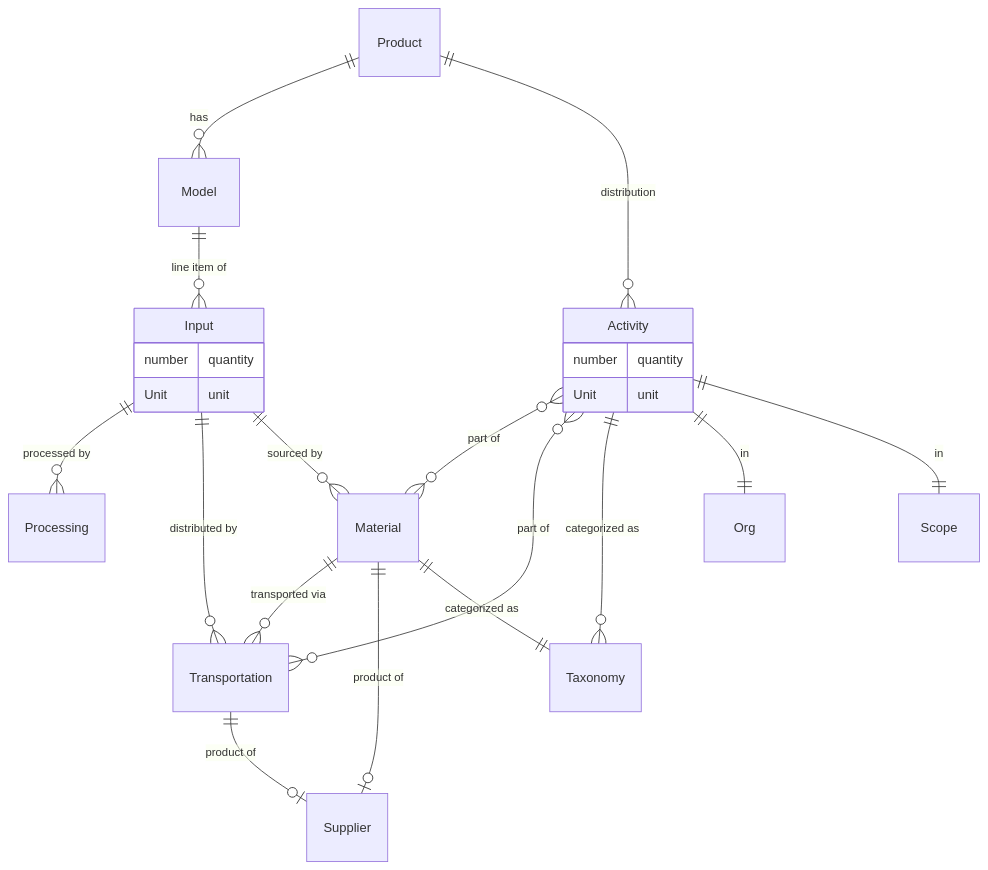
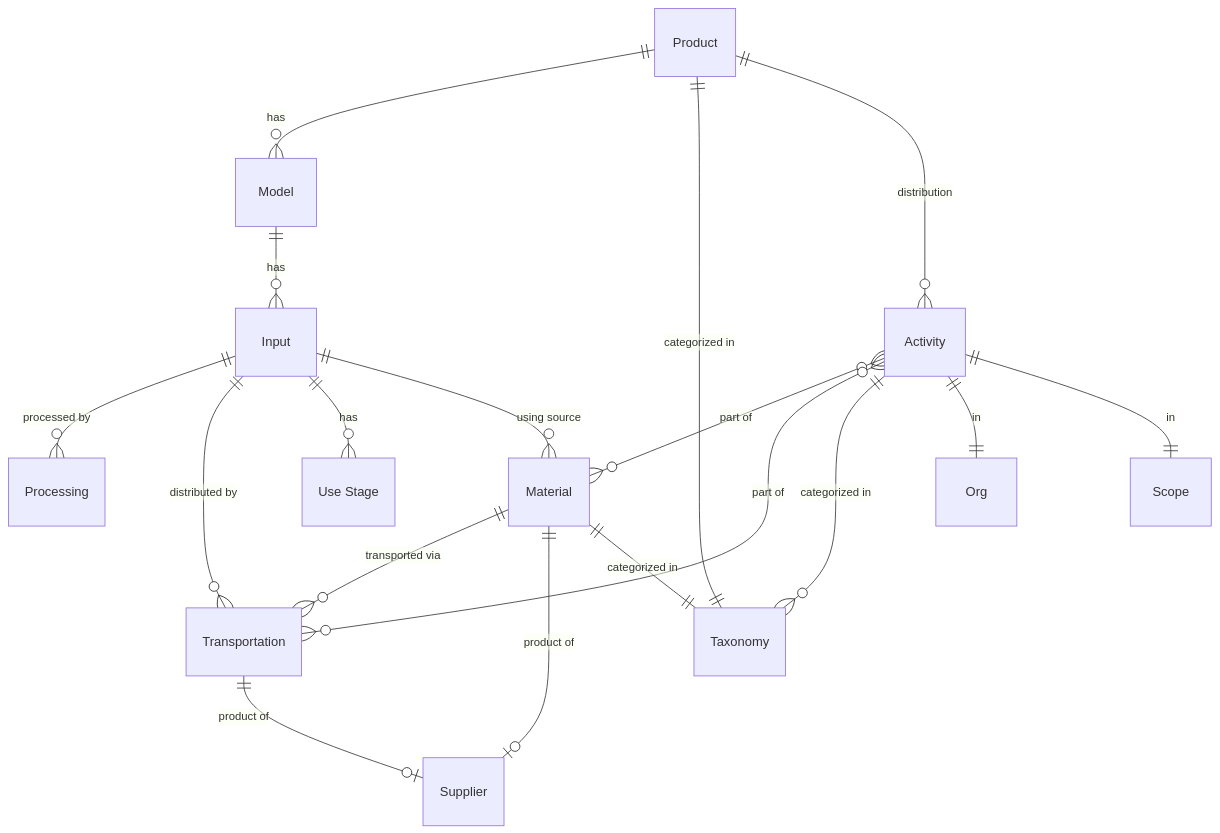
Before and after one commit to variable-co/api-documentation: the diagram in docs/data-model.mdx, drawn with Mermaid. The commit also changed other lines of this file and 5 other files, not shown here.

````diff
--- a/docs/data-model.mdx
+++ b/docs/data-model.mdx
@@ -15,30 +15,21 @@
 ```mermaid
 erDiagram
     Product ||--o{ Model : "has"
-    Model ||--o{ Input : "line item of"
+    Model ||--o{ Input : "has"
     Input ||--o{ Processing : "processed by"
     Input ||--o{ Transportation : "distributed by"
-    Input ||--o{ Material : "sourced by"
+    Input ||--o{ "Use Stage" : "has"
+    Input ||--o{ Material : "using source"
     Material ||--o{ Transportation : "transported via"
     Material ||--o| Supplier : "product of"
-    Material ||--|| Taxonomy : "categorized as"
+    Product ||--|| Taxonomy : "categorized in"
+    Material ||--|| Taxonomy : "categorized in"
     Transportation ||--o| Supplier : "product of"
 
     Product ||--o{ Activity : "distribution"
     Activity }o--o{ Material : "part of"
     Activity }o--o{ Transportation : "part of"
-    Activity ||--o{ Taxonomy : "categorized as"
+    Activity ||--o{ Taxonomy : "categorized in"
     Activity ||--|| Org : "in"
     Activity ||--|| Scope : "in"
-
-    Activity {
-        number quantity
-        Unit unit
-    }
-
-    Input {
-        number quantity
-        Unit unit
-    }
-%%    Material }o--o{ Material : "part of"
 ```
````
